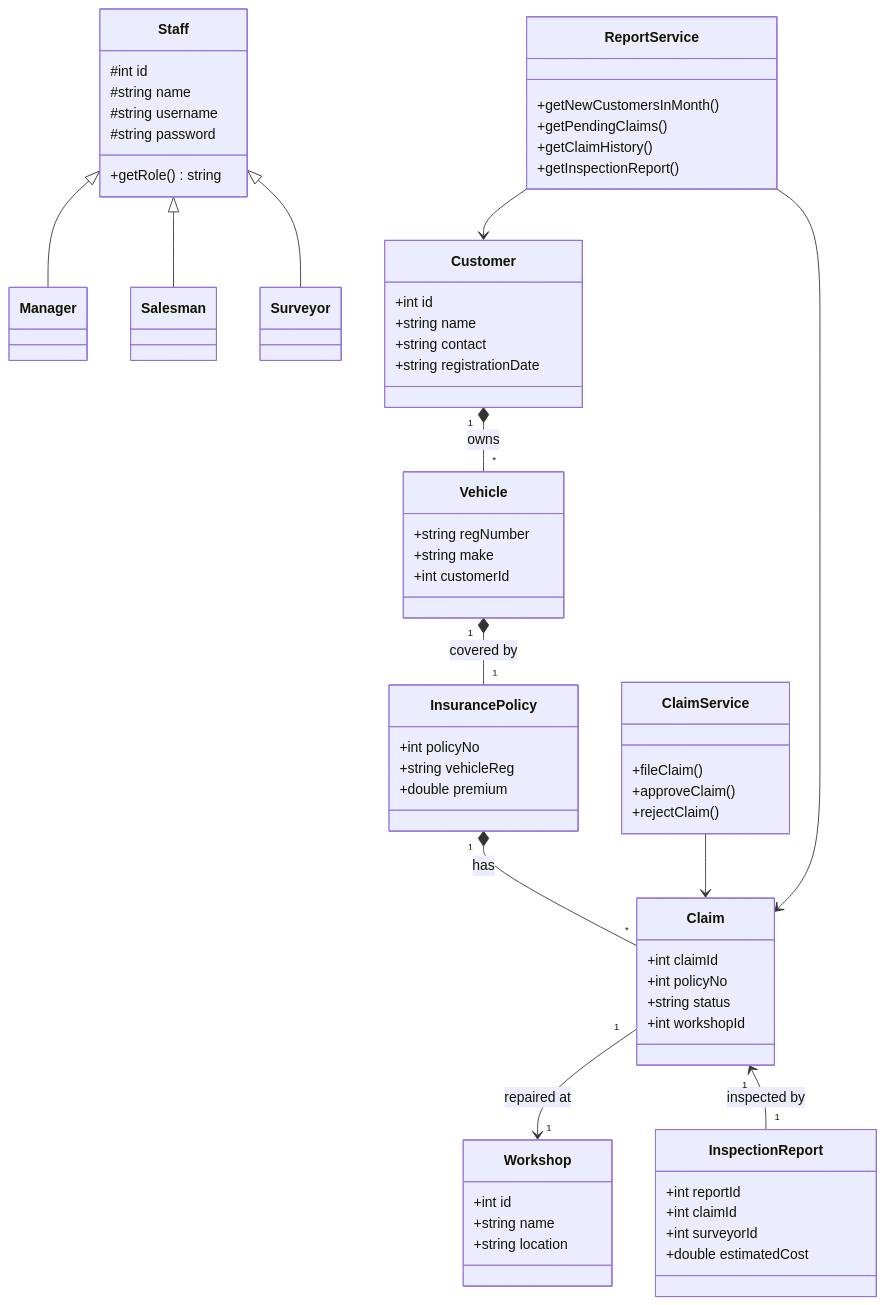
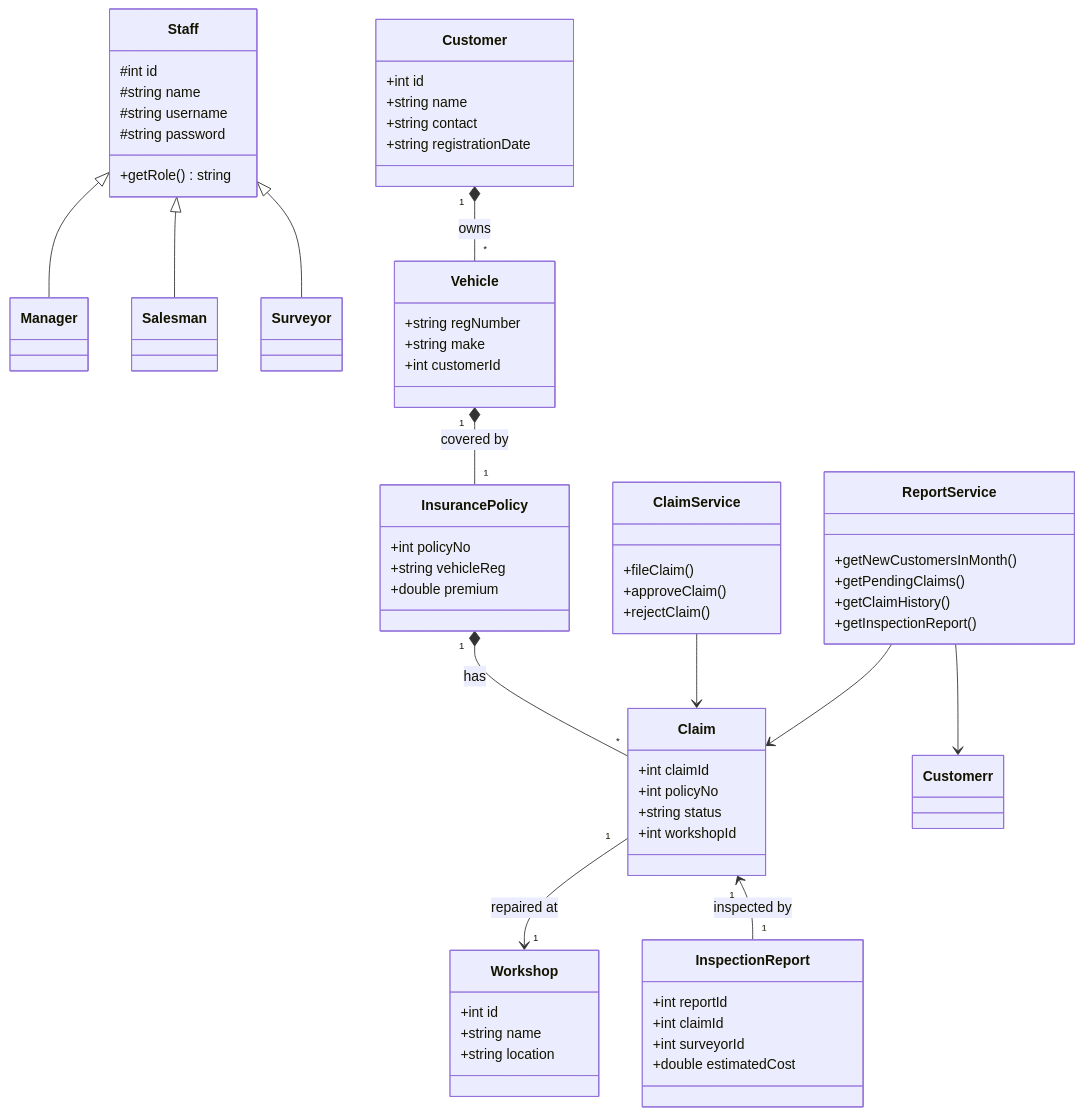
Before and after one commit to hamzatayyab431-hub/-Automobile-Insurance-System: the second of 2 diagrams in README.md, drawn with Mermaid.

Commit message:
"checking"

````diff
--- a/README.md
+++ b/README.md
@@ -71,77 +71,77 @@
 ```mermaid
 classDiagram
     %% Staff Inheritance
     class Staff {
         #int id
         #string name
         #string username
         #string password
         +getRole() string
     }
     class Manager
     class Salesman
     class Surveyor
 
     %% Core Entities
     class Customer {
         +int id
         +string name
         +string contact
         +string registrationDate
     }
     class Vehicle {
         +string regNumber
         +string make
         +int customerId
     }
     class InsurancePolicy {
         +int policyNo
         +string vehicleReg
         +double premium
     }
     class Claim {
         +int claimId
         +int policyNo
         +string status
         +int workshopId
     }
     class InspectionReport {
         +int reportId
         +int claimId
         +int surveyorId
         +double estimatedCost
     }
     class Workshop {
         +int id
         +string name
         +string location
     }
 
     %% Business Layer (Services)
     class ClaimService {
         +fileClaim()
         +approveClaim()
         +rejectClaim()
     }
     class ReportService {
         +getNewCustomersInMonth()
         +getPendingClaims()
         +getClaimHistory()
         +getInspectionReport()
     }
 
     %% Relationships
     Staff <|-- Manager
     Staff <|-- Salesman
     Staff <|-- Surveyor
 
     Customer "1" *-- "*" Vehicle : owns
     Vehicle "1" *-- "1" InsurancePolicy : covered by
     InsurancePolicy "1" *-- "*" Claim : has
     Claim "1" --> "1" Workshop : repaired at
     Claim "1" <-- "1" InspectionReport : inspected by
 
     ClaimService --> Claim
     ReportService --> Claim
-    ReportService --> Customer
+    ReportService --> Customerr
 ```
````
